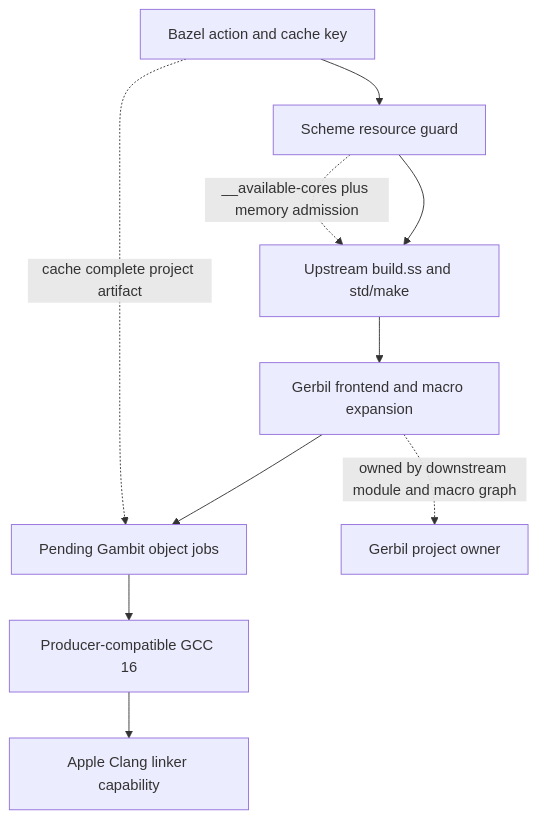
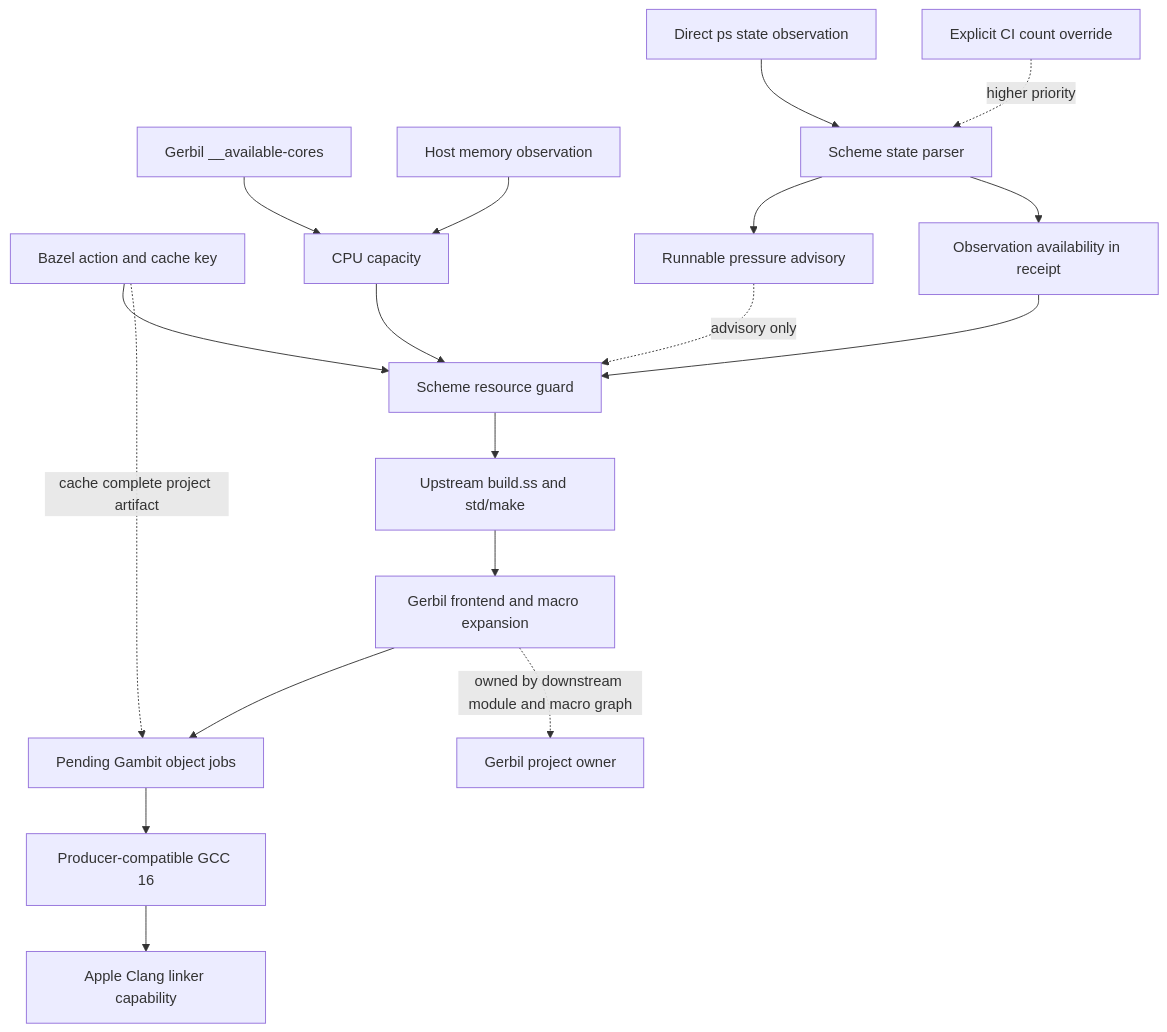
Before and after one commit to tao3k/gerbil-bazel: the diagram in docs/rfc/0008-macos-cold-build-performance-ownership.org, drawn with Mermaid. The commit also changed other lines of this file and 2 other files, not shown here.

Commit message:
fix: observe runnable pressure in Scheme

```diff
--- a/docs/rfc/0008-macos-cold-build-performance-ownership.org
+++ b/docs/rfc/0008-macos-cold-build-performance-ownership.org
@@ -63,13 +76,21 @@
 #+begin_src mermaid
 flowchart TD
   Bazel["Bazel action and cache key"] --> Guard["Scheme resource guard"]
+  Cores["Gerbil __available-cores"] --> Capacity["CPU capacity"]
+  Memory["Host memory observation"] --> Capacity
+  PS["Direct ps state observation"] --> Parser["Scheme state parser"]
+  Override["Explicit CI count override"] -. "higher priority" .-> Parser
+  Parser --> Pressure["Runnable pressure advisory"]
+  Parser --> Observable["Observation availability in receipt"]
+  Capacity --> Guard
+  Pressure -. "advisory only" .-> Guard
+  Observable --> Guard
   Guard --> Upstream["Upstream build.ss and std/make"]
   Upstream --> Frontend["Gerbil frontend and macro expansion"]
   Frontend --> Pending["Pending Gambit object jobs"]
   Pending --> GCC["Producer-compatible GCC 16"]
   GCC --> Linker["Apple Clang linker capability"]
 
-  Guard -. "__available-cores plus memory admission" .-> Upstream
   Bazel -. "cache complete project artifact" .-> Pending
   Frontend -. "owned by downstream module and macro graph" .-> Project["Gerbil project owner"]
 #+end_src
```
